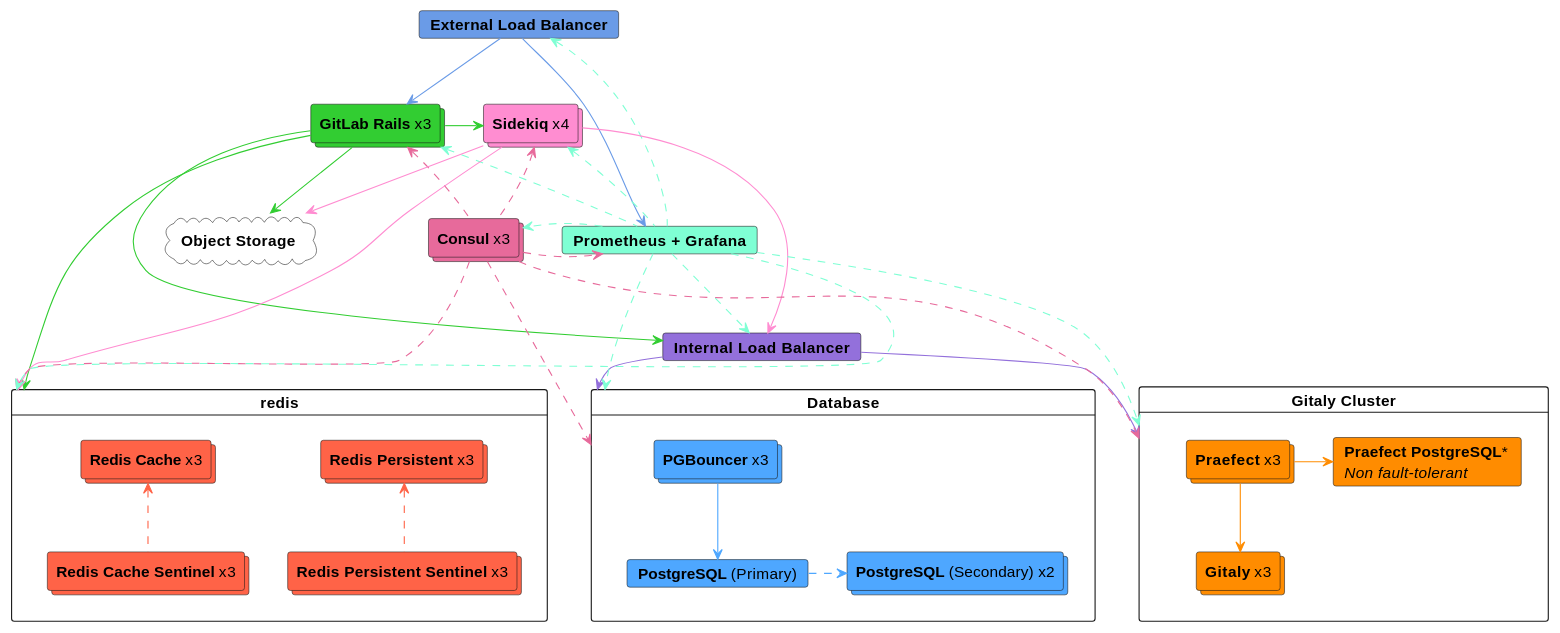
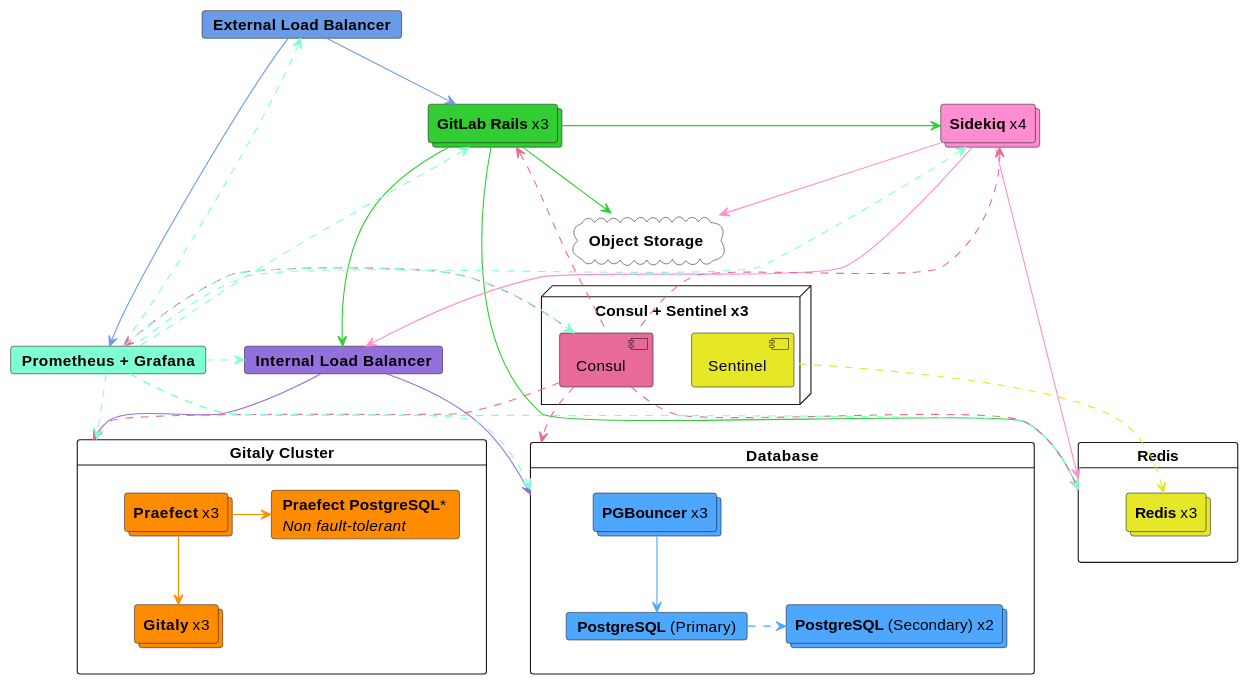
One commit to mehulagg/gitlab changed the first of 2 diagrams in doc/administration/reference_architectures/5k_users.md. Above: the diagram before and after it, drawn with PlantUML. The commit also changed other lines of this file and 1 other file, not shown here.

````diff
--- a/doc/administration/reference_architectures/5k_users.md
+++ b/doc/administration/reference_architectures/5k_users.md
@@ -53,82 +53,80 @@
 ```plantuml
 @startuml 5k
 card "**External Load Balancer**" as elb #6a9be7
 card "**Internal Load Balancer**" as ilb #9370DB
 
 together {
   collections "**GitLab Rails** x3" as gitlab #32CD32
   collections "**Sidekiq** x4" as sidekiq #ff8dd1
 }
 
-together {
-  card "**Prometheus + Grafana**" as monitor #7FFFD4
-  collections "**Consul** x3" as consul #e76a9b
-}
+card "**Prometheus + Grafana**" as monitor #7FFFD4
 
 card "Gitaly Cluster" as gitaly_cluster {
   collections "**Praefect** x3" as praefect #FF8C00
   collections "**Gitaly** x3" as gitaly #FF8C00
   card "**Praefect PostgreSQL***\n//Non fault-tolerant//" as praefect_postgres #FF8C00
 
   praefect -[#FF8C00]-> gitaly
   praefect -[#FF8C00]> praefect_postgres
 }
 
 card "Database" as database {
   collections "**PGBouncer** x3" as pgbouncer #4EA7FF
   card "**PostgreSQL** (Primary)" as postgres_primary #4EA7FF
   collections "**PostgreSQL** (Secondary) x2" as postgres_secondary #4EA7FF
 
   pgbouncer -[#4EA7FF]-> postgres_primary
   postgres_primary .[#4EA7FF]> postgres_secondary
 }
 
-card "redis" as redis {
-  collections "**Redis Persistent** x3" as redis_persistent #FF6347
-  collections "**Redis Cache** x3" as redis_cache #FF6347
-  collections "**Redis Persistent Sentinel** x3" as redis_persistent_sentinel #FF6347
-  collections "**Redis Cache Sentinel** x3"as redis_cache_sentinel #FF6347
+node "**Consul + Sentinel** x3" as consul_sentinel {
+ component Consul as consul #e76a9b
+ component Sentinel as sentinel #e6e727
+}
 
-  redis_persistent <.[#FF6347]- redis_persistent_sentinel
-  redis_cache <.[#FF6347]- redis_cache_sentinel
+card "Redis" as redis {
+  collections "**Redis** x3" as redis_persistent #e6e727
+
+  redis_persistent <.[#e6e727]- sentinel
 }
 
 cloud "**Object Storage**" as object_storage #white
 
 elb -[#6a9be7]-> gitlab
 elb -[#6a9be7]--> monitor
 
 gitlab -[#32CD32]> sidekiq
 gitlab -[#32CD32]--> ilb
 gitlab -[#32CD32]-> object_storage
 gitlab -[#32CD32]---> redis
 gitlab -[hidden]-> monitor
 gitlab -[hidden]-> consul
 
 sidekiq -[#ff8dd1]--> ilb
 sidekiq -[#ff8dd1]-> object_storage
 sidekiq -[#ff8dd1]---> redis
 sidekiq -[hidden]-> monitor
 sidekiq -[hidden]-> consul
 
 ilb -[#9370DB]-> gitaly_cluster
 ilb -[#9370DB]-> database
 
 consul .[#e76a9b]u-> gitlab
 consul .[#e76a9b]u-> sidekiq
 consul .[#e76a9b]> monitor
 consul .[#e76a9b]-> database
 consul .[#e76a9b]-> gitaly_cluster
 consul .[#e76a9b,norank]--> redis
 
 monitor .[#7FFFD4]u-> gitlab
 monitor .[#7FFFD4]u-> sidekiq
 monitor .[#7FFFD4]> consul
 monitor .[#7FFFD4]-> database
 monitor .[#7FFFD4]-> gitaly_cluster
 monitor .[#7FFFD4,norank]--> redis
 monitor .[#7FFFD4]> ilb
 monitor .[#7FFFD4,norank]u--> elb
 
 @enduml
 ```
````
